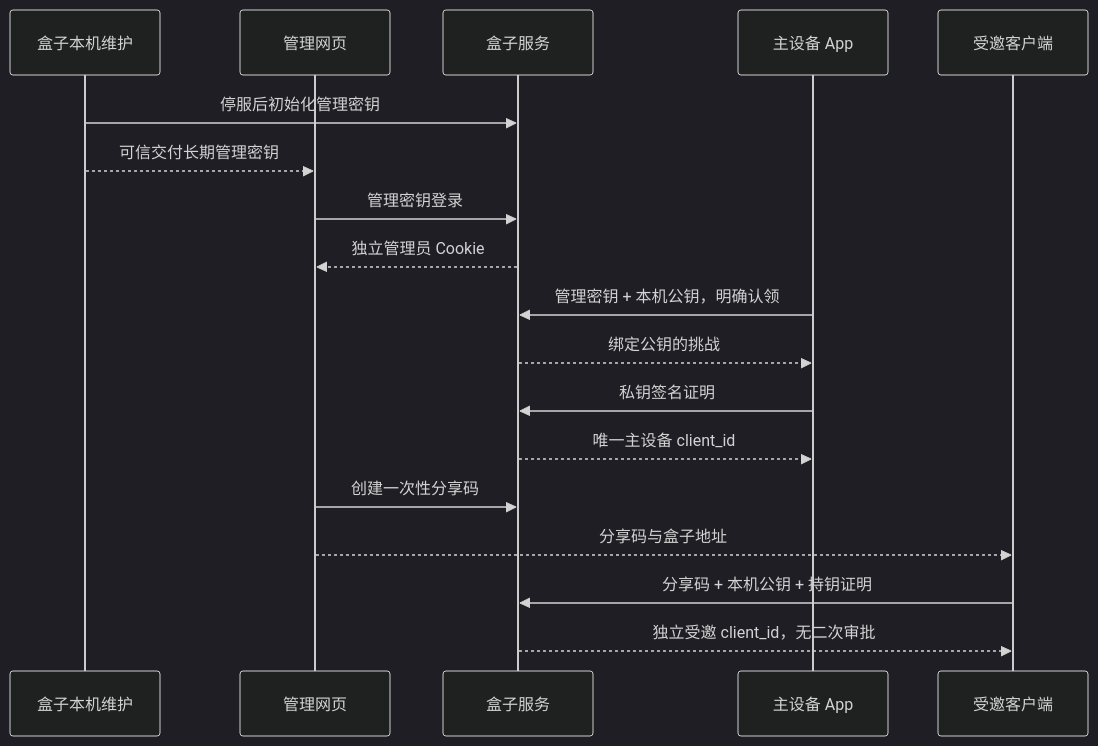
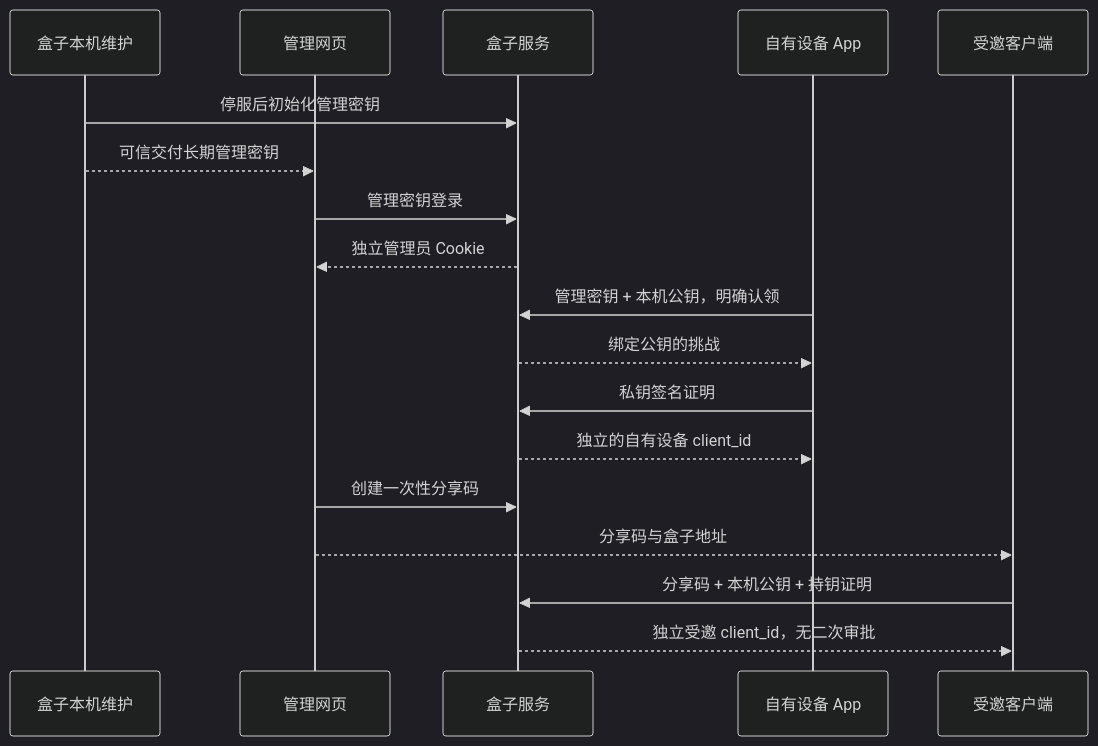
Before and after one commit to HiddenPeak/Octop: the first of 2 diagrams in docs/box-local-account-pairing-plan.md, drawn with Mermaid (dark theme). The commit also changed other lines of this file and 40 other files, not shown here.

````diff
--- a/docs/box-local-account-pairing-plan.md
+++ b/docs/box-local-account-pairing-plan.md
@@ -54,20 +58,20 @@
 ```mermaid
 sequenceDiagram
     participant H as 盒子本机维护
     participant W as 管理网页
     participant B as 盒子服务
-    participant P as 主设备 App
+    participant P as 自有设备 App
     participant G as 受邀客户端
     H->>B: 停服后初始化管理密钥
     H-->>W: 可信交付长期管理密钥
     W->>B: 管理密钥登录
     B-->>W: 独立管理员 Cookie
     P->>B: 管理密钥 + 本机公钥，明确认领
     B-->>P: 绑定公钥的挑战
     P->>B: 私钥签名证明
-    B-->>P: 唯一主设备 client_id
+    B-->>P: 独立的自有设备 client_id
     W->>B: 创建一次性分享码
     W-->>G: 分享码与盒子地址
     G->>B: 分享码 + 本机公钥 + 持钥证明
     B-->>G: 独立受邀 client_id，无二次审批
 ```
````
